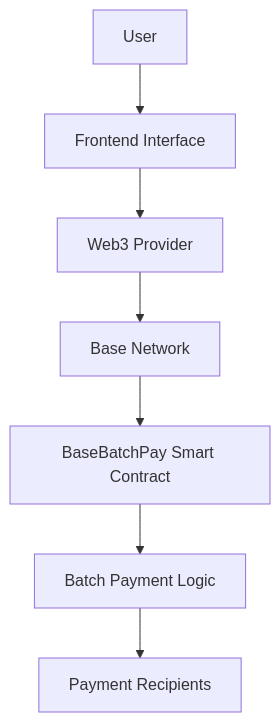
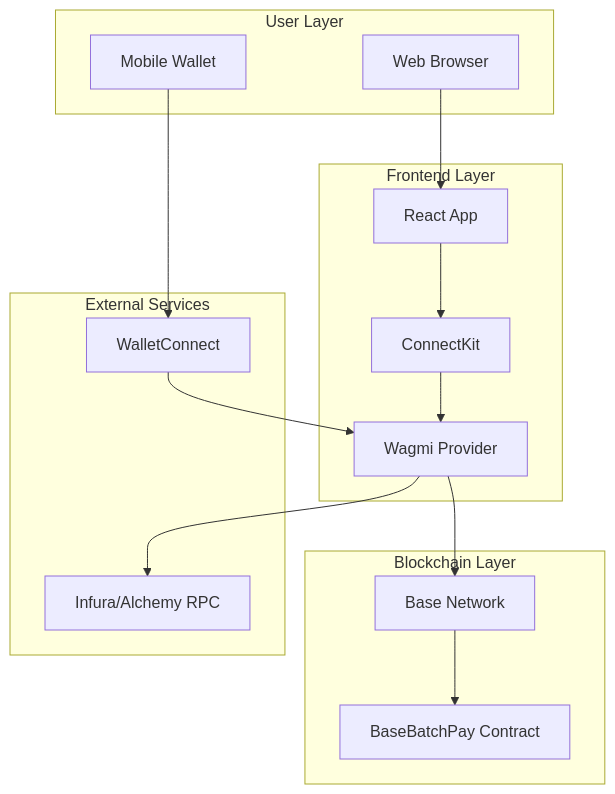
The first of 9 diagrams in README.md (cypherpulse/BatchPay), drawn with Mermaid before and after one commit. The commit also changed other lines of this file and 4 other files, not shown here.

Commit message:
Integrated frontend and smart contract for BatchPay dApp on Base blockchain; implemented efficient batch payments using Solidity and OpenZeppelin; added comprehensive documentation with Mermaid diagrams

````diff
--- a/README.md
+++ b/README.md
@@ -56,9 +61,32 @@
 ```mermaid
-graph TD
-    A[User] --> B[Frontend Interface]
-    B --> C[Web3 Provider]
-    C --> D[Base Network]
-    D --> E[BaseBatchPay Smart Contract]
-    E --> F[Batch Payment Logic]
-    F --> G[Payment Recipients]
+graph TB
+    subgraph "User Layer"
+        A[Web Browser]
+        B[Mobile Wallet]
+    end
+
+    subgraph "Frontend Layer"
+        C[React App]
+        D[ConnectKit]
+        E[Wagmi Provider]
+    end
+
+    subgraph "Blockchain Layer"
+        F[Base Network]
+        G[BaseBatchPay Contract]
+    end
+
+    subgraph "External Services"
+        H[WalletConnect]
+        I[Infura/Alchemy RPC]
+    end
+
+    A --> C
+    B --> H
+    C --> D
+    D --> E
+    E --> F
+    F --> G
+    H --> E
+    E --> I
 ```
````
